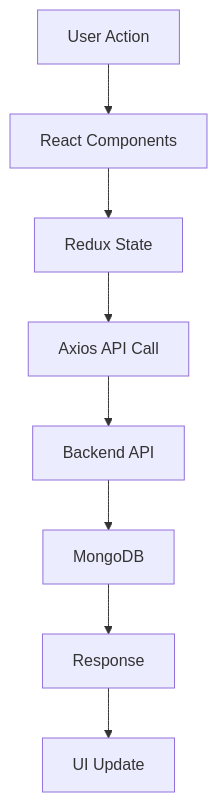
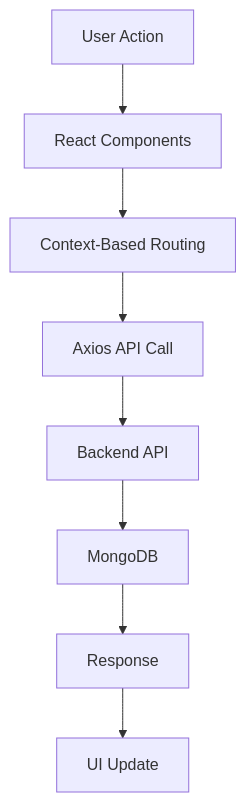
The diagram in README.md (saurabhsinghrhino/IndoBuy-Frontend), drawn with Mermaid before and after one commit. The commit also changed 2 other files, not shown here.

Commit message:
refactor: update price handling in ProductsPage and enhance payment flow in CheckoutPage

````diff
--- a/README.md
+++ b/README.md
@@ -131,10 +131,10 @@
 ```mermaid
 graph TD
 A[User Action] --> B[React Components]
-B --> C[Redux State]
+B --> C[Context-Based Routing]
 C --> D[Axios API Call]
 D --> E[Backend API]
 E --> F[MongoDB]
 F --> G[Response]
 G --> H[UI Update]
 ```
````
